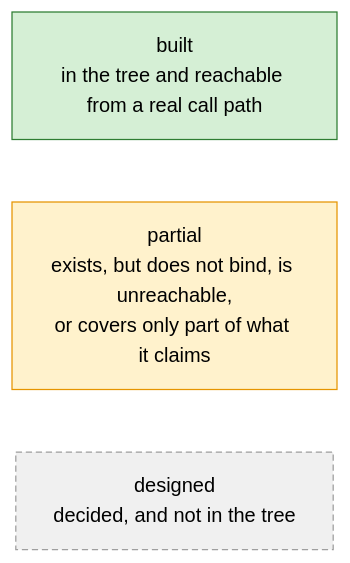
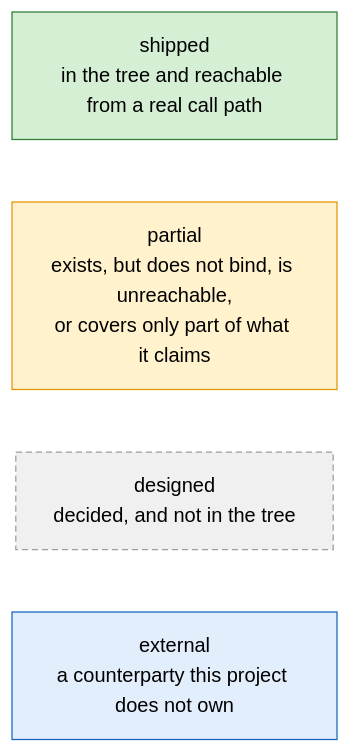
One commit to niksavis/basicly changed the first of 16 diagrams in docs/architecture/architecture.md. Above: the diagram before and after it, drawn with Mermaid. The commit also changed other lines of this file and 6 other files, not shown here.

First line of the commit message:
docs(architecture)!: replace the reference with the rewritten one

````diff
--- a/docs/architecture/architecture.md
+++ b/docs/architecture/architecture.md
@@ -39,13 +145,16 @@
 ```mermaid
 flowchart LR
-  b["built<br/>in the tree and reachable from a real call path"]
+  s["shipped<br/>in the tree and reachable from a real call path"]
   p["partial<br/>exists, but does not bind, is unreachable,<br/>or covers only part of what it claims"]
   d["designed<br/>decided, and not in the tree"]
+  x["external<br/>a counterparty this project does not own"]
 
-  classDef built fill:#d5efd5,stroke:#2e7d32,color:#000
+  classDef shipped fill:#d5efd5,stroke:#2e7d32,color:#000
   classDef partial fill:#fff2cc,stroke:#e69500,color:#000
   classDef designed fill:#f0f0f0,stroke:#9e9e9e,color:#000,stroke-dasharray:5 3
-  class b built
+  classDef external fill:#e3eefc,stroke:#1565c0,color:#000
+  class s shipped
   class p partial
   class d designed
+  class x external
 ```
````
